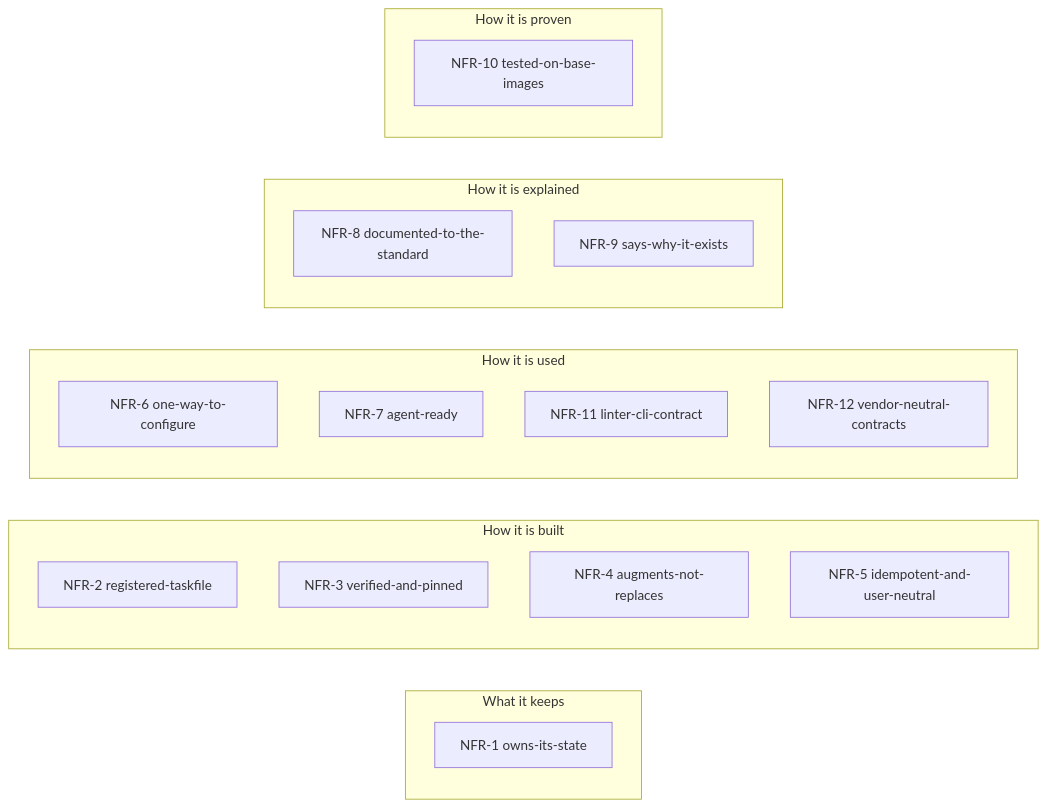
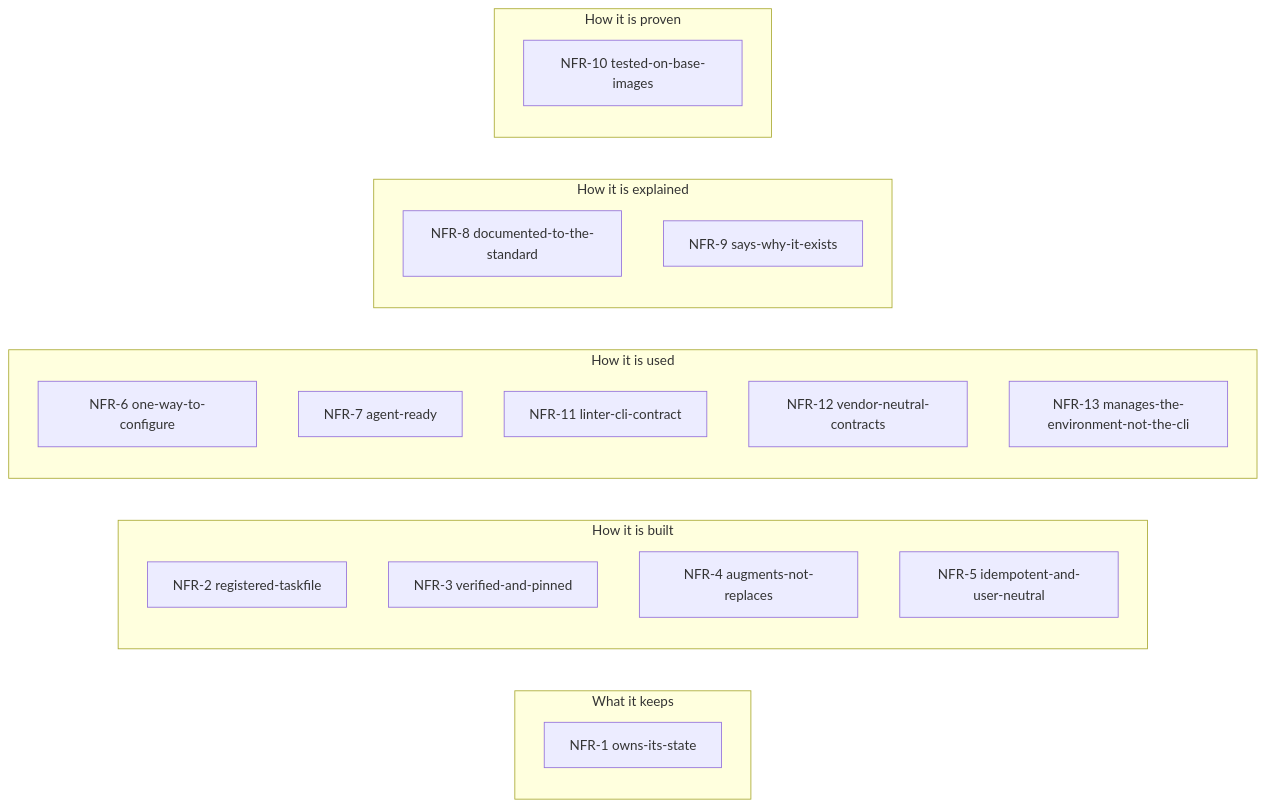
One commit to nabil-becker/devcontainer-features changed the first of 3 diagrams in docs/principles/non-functional-requirements.md. Above: the diagram before and after it, drawn with Mermaid. The commit also changed other lines of this file and 11 other files, not shown here.

First line of the commit message:
docs: an architecture review before every ruling, and NFR-13 (#115)

````diff
--- a/docs/principles/non-functional-requirements.md
+++ b/docs/principles/non-functional-requirements.md
@@ -13,25 +13,26 @@
 ```mermaid
 flowchart LR
   subgraph state["What it keeps"]
     nfr1["NFR-1 owns-its-state"]
   end
   subgraph built["How it is built"]
     nfr2["NFR-2 registered-taskfile"]
     nfr3["NFR-3 verified-and-pinned"]
     nfr4["NFR-4 augments-not-replaces"]
     nfr5["NFR-5 idempotent-and-user-neutral"]
   end
   subgraph used["How it is used"]
     nfr6["NFR-6 one-way-to-configure"]
     nfr7["NFR-7 agent-ready"]
     nfr11["NFR-11 linter-cli-contract"]
     nfr12["NFR-12 vendor-neutral-contracts"]
+    nfr13["NFR-13 manages-the-environment-not-the-cli"]
   end
   subgraph told["How it is explained"]
     nfr8["NFR-8 documented-to-the-standard"]
     nfr9["NFR-9 says-why-it-exists"]
   end
   subgraph proved["How it is proven"]
     nfr10["NFR-10 tested-on-base-images"]
   end
 ```
````
